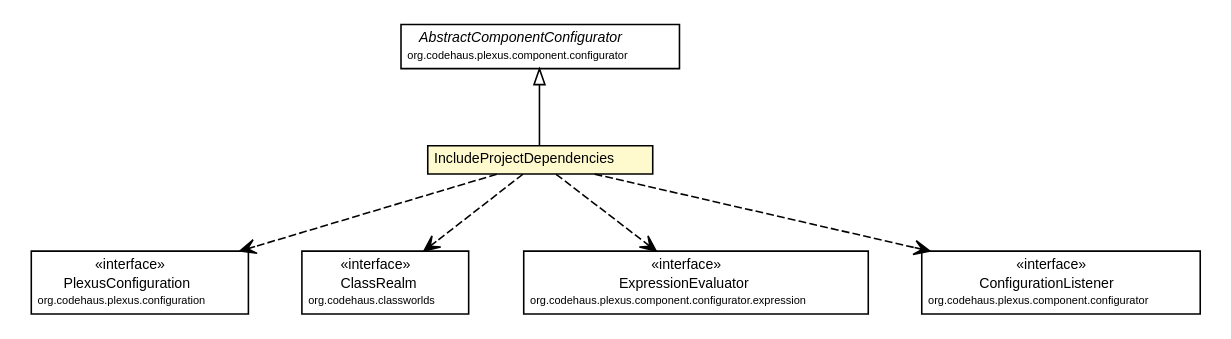
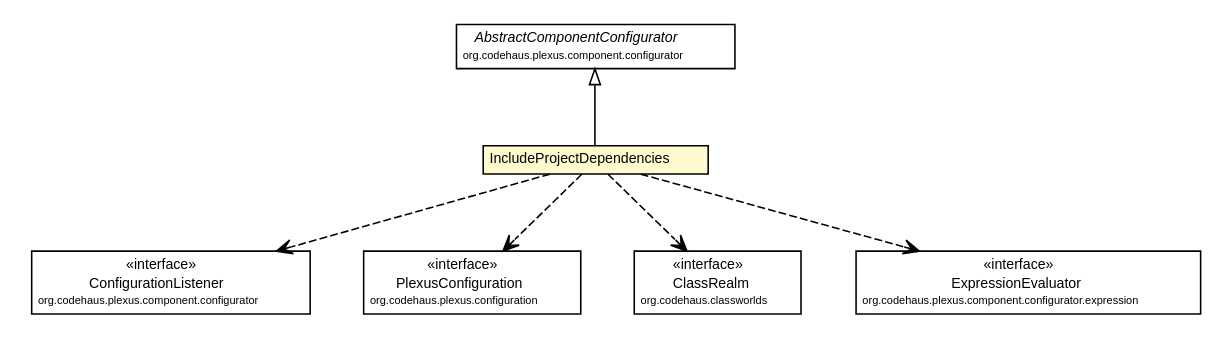
The diagram in site/apidocs/org/synchronoss/cpo/plugin/IncludeProjectDependencies.dot (synchronoss/cpo-api), drawn with Graphviz before and after one commit. The commit also changed 872 other files, not shown here.

```diff
--- a/site/apidocs/org/synchronoss/cpo/plugin/IncludeProjectDependencies.dot
+++ b/site/apidocs/org/synchronoss/cpo/plugin/IncludeProjectDependencies.dot
@@ -1,65 +1,65 @@
 #!/usr/local/bin/dot
 #
 # Class diagram 
 # Generated by UmlGraph version 4.6 (http://www.spinellis.gr/sw/umlgraph)
 #
 
 digraph G {
 	edge [fontname="Helvetica",fontsize=10,labelfontname="Helvetica",labelfontsize=10];
 	node [fontname="Helvetica",fontsize=10,shape=plaintext];
 	// org.synchronoss.cpo.plugin.IncludeProjectDependencies
 	c53834 [label=<<table border="0" cellborder="1" cellspacing="0" cellpadding="2" port="p" bgcolor="lemonChiffon" href="./IncludeProjectDependencies.html">
 		<tr><td><table border="0" cellspacing="0" cellpadding="1">
 			<tr><td> IncludeProjectDependencies </td></tr>
 		</table></td></tr>
 		</table>>, fontname="Helvetica", fontcolor="black", fontsize=9.0];
 	//org.synchronoss.cpo.plugin.IncludeProjectDependencies extends org.codehaus.plexus.component.configurator.AbstractComponentConfigurator
 	c53839:p -> c53834:p [dir=back,arrowtail=empty];
+	// org.synchronoss.cpo.plugin.IncludeProjectDependencies DEPEND org.codehaus.plexus.component.configurator.ConfigurationListener
+	c53834:p -> c53840:p [taillabel="", label="", headlabel="", fontname="Helvetica", fontcolor="black", fontsize=10.0, color="black", arrowhead=open, style=dashed];
 	// org.synchronoss.cpo.plugin.IncludeProjectDependencies DEPEND org.codehaus.plexus.configuration.PlexusConfiguration
-	c53834:p -> c53840:p [taillabel="", label="", headlabel="", fontname="Helvetica", fontcolor="black", fontsize=10.0, color="black", arrowhead=open, style=dashed];
+	c53834:p -> c53841:p [taillabel="", label="", headlabel="", fontname="Helvetica", fontcolor="black", fontsize=10.0, color="black", arrowhead=open, style=dashed];
 	// org.synchronoss.cpo.plugin.IncludeProjectDependencies DEPEND org.codehaus.classworlds.ClassRealm
-	c53834:p -> c53843:p [taillabel="", label="", headlabel="", fontname="Helvetica", fontcolor="black", fontsize=10.0, color="black", arrowhead=open, style=dashed];
+	c53834:p -> c53844:p [taillabel="", label="", headlabel="", fontname="Helvetica", fontcolor="black", fontsize=10.0, color="black", arrowhead=open, style=dashed];
 	// org.synchronoss.cpo.plugin.IncludeProjectDependencies DEPEND org.codehaus.plexus.component.configurator.expression.ExpressionEvaluator
-	c53834:p -> c53844:p [taillabel="", label="", headlabel="", fontname="Helvetica", fontcolor="black", fontsize=10.0, color="black", arrowhead=open, style=dashed];
-	// org.synchronoss.cpo.plugin.IncludeProjectDependencies DEPEND org.codehaus.plexus.component.configurator.ConfigurationListener
 	c53834:p -> c53845:p [taillabel="", label="", headlabel="", fontname="Helvetica", fontcolor="black", fontsize=10.0, color="black", arrowhead=open, style=dashed];
 	// org.codehaus.classworlds.ClassRealm
-	c53843 [label=<<table border="0" cellborder="1" cellspacing="0" cellpadding="2" port="p" href="http://java.sun.com/j2se/1.4.2/docs/api/org/codehaus/classworlds/ClassRealm.html">
+	c53844 [label=<<table border="0" cellborder="1" cellspacing="0" cellpadding="2" port="p" href="http://java.sun.com/j2se/1.4.2/docs/api/org/codehaus/classworlds/ClassRealm.html">
 		<tr><td><table border="0" cellspacing="0" cellpadding="1">
 			<tr><td> &laquo;interface&raquo; </td></tr>
 			<tr><td> ClassRealm </td></tr>
 			<tr><td><font point-size="7.0"> org.codehaus.classworlds </font></td></tr>
 		</table></td></tr>
 		</table>>, fontname="Helvetica", fontcolor="black", fontsize=9.0];
 	// org.codehaus.plexus.component.configurator.expression.ExpressionEvaluator
-	c53844 [label=<<table border="0" cellborder="1" cellspacing="0" cellpadding="2" port="p" href="http://java.sun.com/j2se/1.4.2/docs/api/org/codehaus/plexus/component/configurator/expression/ExpressionEvaluator.html">
+	c53845 [label=<<table border="0" cellborder="1" cellspacing="0" cellpadding="2" port="p" href="http://java.sun.com/j2se/1.4.2/docs/api/org/codehaus/plexus/component/configurator/expression/ExpressionEvaluator.html">
 		<tr><td><table border="0" cellspacing="0" cellpadding="1">
 			<tr><td> &laquo;interface&raquo; </td></tr>
 			<tr><td> ExpressionEvaluator </td></tr>
 			<tr><td><font point-size="7.0"> org.codehaus.plexus.component.configurator.expression </font></td></tr>
 		</table></td></tr>
 		</table>>, fontname="Helvetica", fontcolor="black", fontsize=9.0];
 	// org.codehaus.plexus.component.configurator.AbstractComponentConfigurator
 	c53839 [label=<<table border="0" cellborder="1" cellspacing="0" cellpadding="2" port="p" href="http://java.sun.com/j2se/1.4.2/docs/api/org/codehaus/plexus/component/configurator/AbstractComponentConfigurator.html">
 		<tr><td><table border="0" cellspacing="0" cellpadding="1">
 			<tr><td><font face="Helvetica-Oblique"> AbstractComponentConfigurator </font></td></tr>
 			<tr><td><font point-size="7.0"> org.codehaus.plexus.component.configurator </font></td></tr>
 		</table></td></tr>
 		</table>>, fontname="Helvetica", fontcolor="black", fontsize=9.0];
 	// org.codehaus.plexus.component.configurator.ConfigurationListener
-	c53845 [label=<<table border="0" cellborder="1" cellspacing="0" cellpadding="2" port="p" href="http://java.sun.com/j2se/1.4.2/docs/api/org/codehaus/plexus/component/configurator/ConfigurationListener.html">
+	c53840 [label=<<table border="0" cellborder="1" cellspacing="0" cellpadding="2" port="p" href="http://java.sun.com/j2se/1.4.2/docs/api/org/codehaus/plexus/component/configurator/ConfigurationListener.html">
 		<tr><td><table border="0" cellspacing="0" cellpadding="1">
 			<tr><td> &laquo;interface&raquo; </td></tr>
 			<tr><td> ConfigurationListener </td></tr>
 			<tr><td><font point-size="7.0"> org.codehaus.plexus.component.configurator </font></td></tr>
 		</table></td></tr>
 		</table>>, fontname="Helvetica", fontcolor="black", fontsize=9.0];
 	// org.codehaus.plexus.configuration.PlexusConfiguration
-	c53840 [label=<<table border="0" cellborder="1" cellspacing="0" cellpadding="2" port="p" href="http://java.sun.com/j2se/1.4.2/docs/api/org/codehaus/plexus/configuration/PlexusConfiguration.html">
+	c53841 [label=<<table border="0" cellborder="1" cellspacing="0" cellpadding="2" port="p" href="http://java.sun.com/j2se/1.4.2/docs/api/org/codehaus/plexus/configuration/PlexusConfiguration.html">
 		<tr><td><table border="0" cellspacing="0" cellpadding="1">
 			<tr><td> &laquo;interface&raquo; </td></tr>
 			<tr><td> PlexusConfiguration </td></tr>
 			<tr><td><font point-size="7.0"> org.codehaus.plexus.configuration </font></td></tr>
 		</table></td></tr>
 		</table>>, fontname="Helvetica", fontcolor="black", fontsize=9.0];
 }
```
